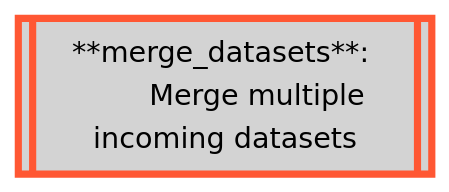
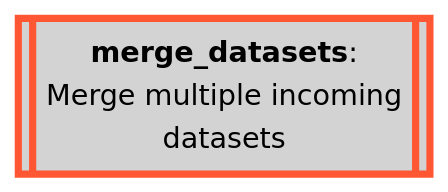
Before and after one commit to Tuks-ICMM/Pharmacogenetic-Analysis-Pipeline: the fourth of 30 diagrams in docs/02-workflow/02-methodology.md, drawn with Mermaid. The commit also changed other lines of this file, not shown here.

````diff
--- a/docs/02-workflow/02-methodology.md
+++ b/docs/02-workflow/02-methodology.md
@@ -504,8 +263,7 @@
-```mermaid
-flowchart TD
-    classDef bcftools stroke:#FF5733,fill:#D3D3D3,stroke-width:4px,color:black;
-
-    merge_datasets[[**merge_datasets**: 
-        Merge multiple incoming datasets]]
-        class merge_datasets bcftools;
-```
+  ```mermaid
+  flowchart TD
+      merge_datasets[[<b>merge_datasets</b>: <br>Merge multiple incoming <br>datasets]]
+      
+      classDef bcftools stroke:#FF5733,fill:#D3D3D3,stroke-width:4px,color:black;
+      class merge_datasets bcftools;
+  ```
````
